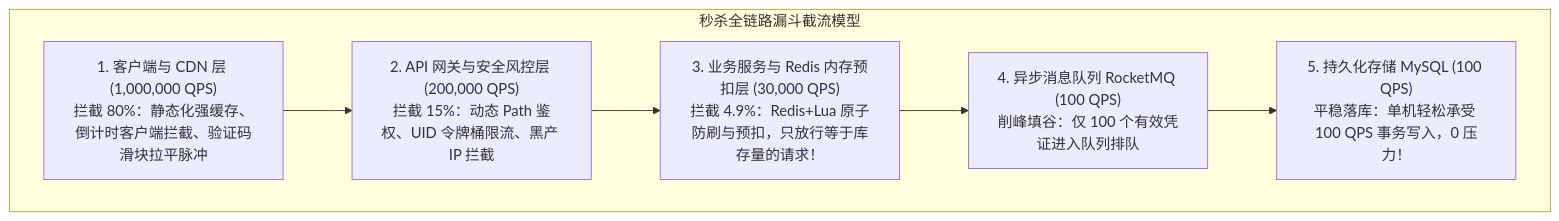
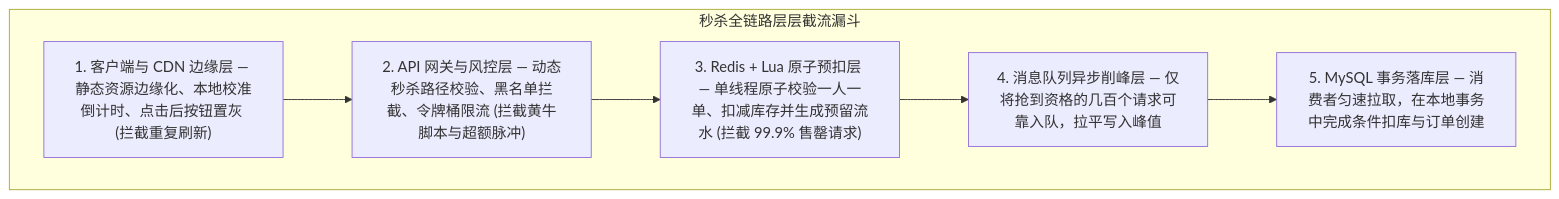
One commit to GuoWWWX/knowledge-base changed the first of 4 diagrams in 20-Java后端/08-系统设计/04-秒杀系统设计.md. Above: the diagram before and after it, drawn with Mermaid. The commit also changed other lines of this file and 251 other files, not shown here.

````diff
--- a/20-Java后端/08-系统设计/04-秒杀系统设计.md
+++ b/20-Java后端/08-系统设计/04-秒杀系统设计.md
@@ -34,11 +34,12 @@
 ```mermaid
 flowchart TD
-    subgraph Funnel["秒杀全链路漏斗截流模型"]
-        A["1. 客户端与 CDN 层 (1,000,000 QPS)<br/>拦截 80%：静态化强缓存、倒计时客户端拦截、验证码滑块拉平脉冲"]
-        B["2. API 网关与安全风控层 (200,000 QPS)<br/>拦截 15%：动态 Path 鉴权、UID 令牌桶限流、黑产 IP 拦截"]
-        C["3. 业务服务与 Redis 内存预扣层 (30,000 QPS)<br/>拦截 4.9%：Redis+Lua 原子防刷与预扣，只放行等于库存量的请求！"]
-        D["4. 异步消息队列 RocketMQ (100 QPS)<br/>削峰填谷：仅 100 个有效凭证进入队列排队"]
-        E["5. 持久化存储 MySQL (100 QPS)<br/>平稳落库：单机轻松承受 100 QPS 事务写入，0 压力！"]
+    subgraph Funnel["秒杀全链路层层截流漏斗"]
+        A["1. 客户端与 CDN 边缘层 — 静态资源边缘化、本地校准倒计时、点击后按钮置灰 (拦截重复刷新)"]
+        B["2. API 网关与风控层 — 动态秒杀路径校验、黑名单拦截、令牌桶限流 (拦截黄牛脚本与超额脉冲)"]
+        C["3. Redis + Lua 原子预扣层 — 单线程原子校验一人一单、扣减库存并生成预留流水 (拦截 99.9% 售罄请求)"]
+        D["4. 消息队列异步削峰层 — 仅将抢到资格的几百个请求可靠入队，拉平写入峰值"]
+        E["5. MySQL 事务落库层 — 消费者匀速拉取，在本地事务中完成条件扣库与订单创建"]
+
+        A --> B --> C --> D --> E
     end
-    A --> B --> C --> D --> E
 ```
````
